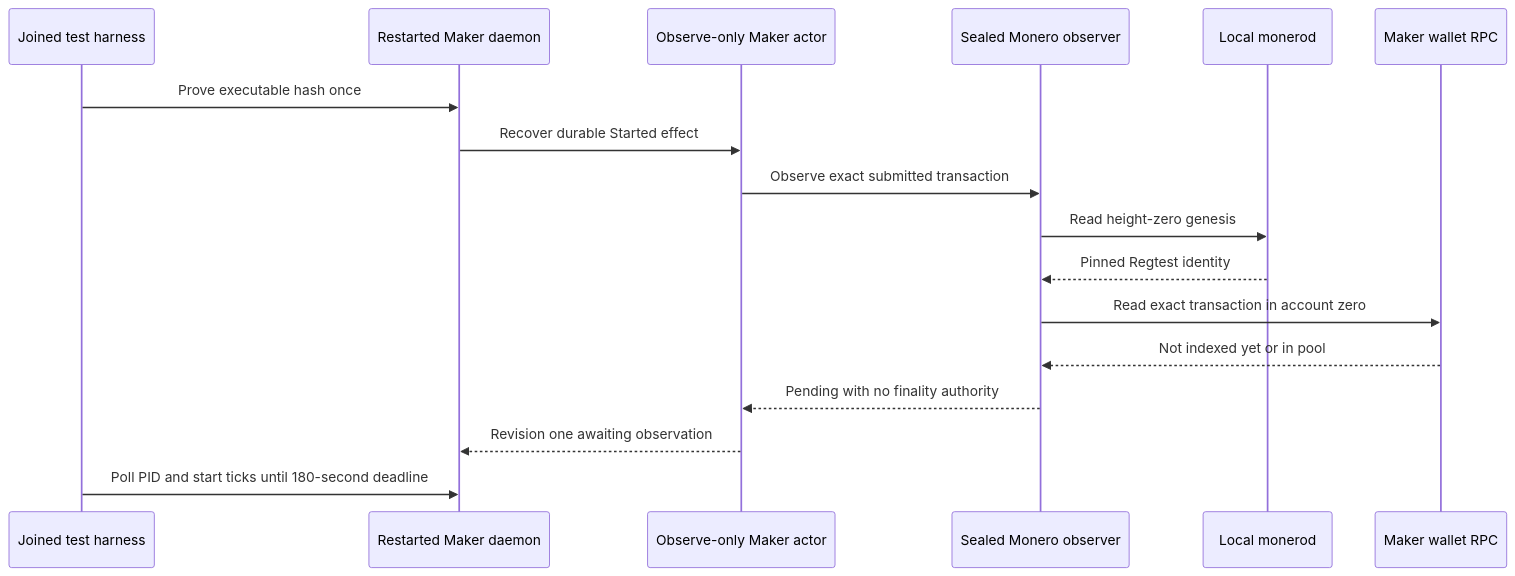
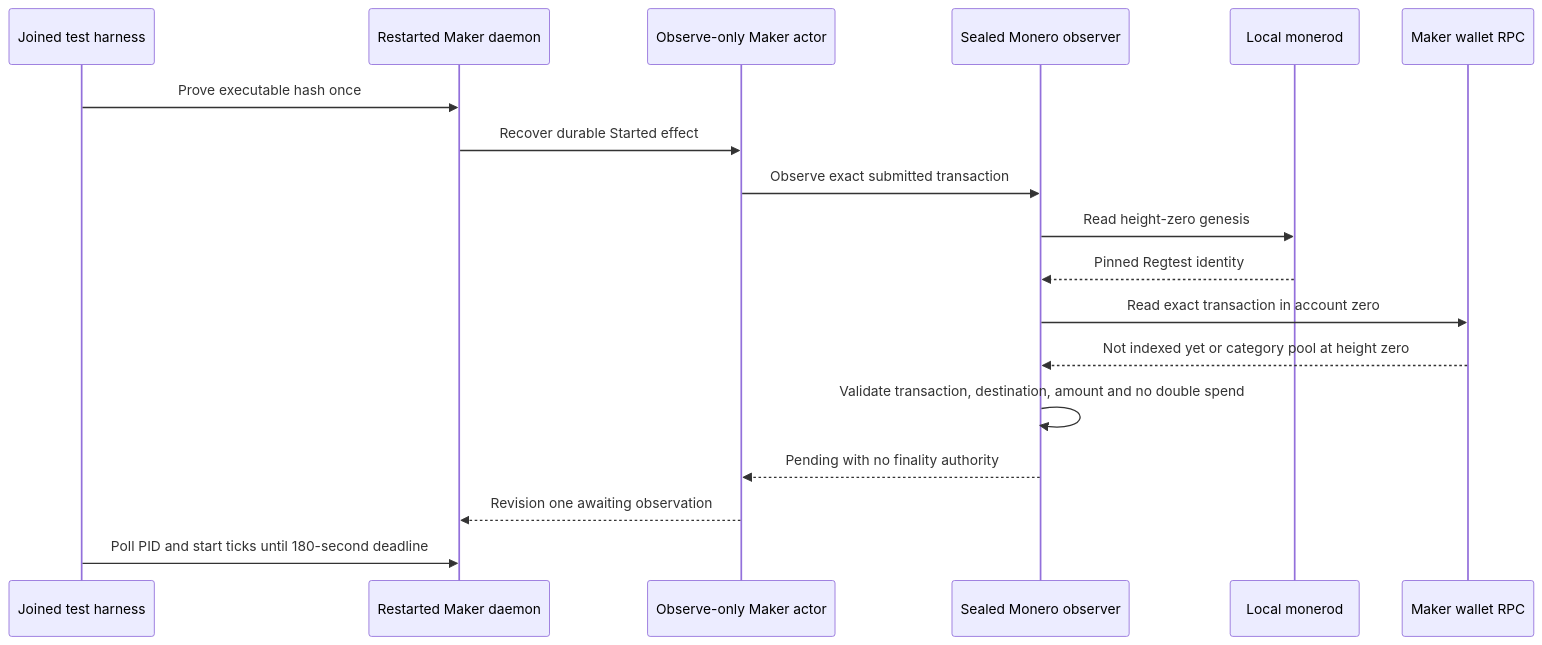
One commit to gateway-fm/lez-atomic-swaps changed the fourth of 4 diagrams in docs/architecture/0177-reconcile-killed-monero-refund-actors.md. Above: the diagram before and after it, drawn with Mermaid. The commit also changed other lines of this file and 5 other files, not shown here.

````diff
--- a/docs/architecture/0177-reconcile-killed-monero-refund-actors.md
+++ b/docs/architecture/0177-reconcile-killed-monero-refund-actors.md
@@ -122,20 +122,21 @@
 ```mermaid
 sequenceDiagram
     participant H as Joined test harness
     participant D as Restarted Maker daemon
     participant A as Observe-only Maker actor
     participant O as Sealed Monero observer
     participant N as Local monerod
     participant W as Maker wallet RPC
 
     H->>D: Prove executable hash once
     D->>A: Recover durable Started effect
     A->>O: Observe exact submitted transaction
     O->>N: Read height-zero genesis
     N-->>O: Pinned Regtest identity
     O->>W: Read exact transaction in account zero
-    W-->>O: Not indexed yet or in pool
+    W-->>O: Not indexed yet or category pool at height zero
+    O->>O: Validate transaction, destination, amount and no double spend
     O-->>A: Pending with no finality authority
     A-->>D: Revision one awaiting observation
     H->>D: Poll PID and start ticks until 180-second deadline
 ```
````
